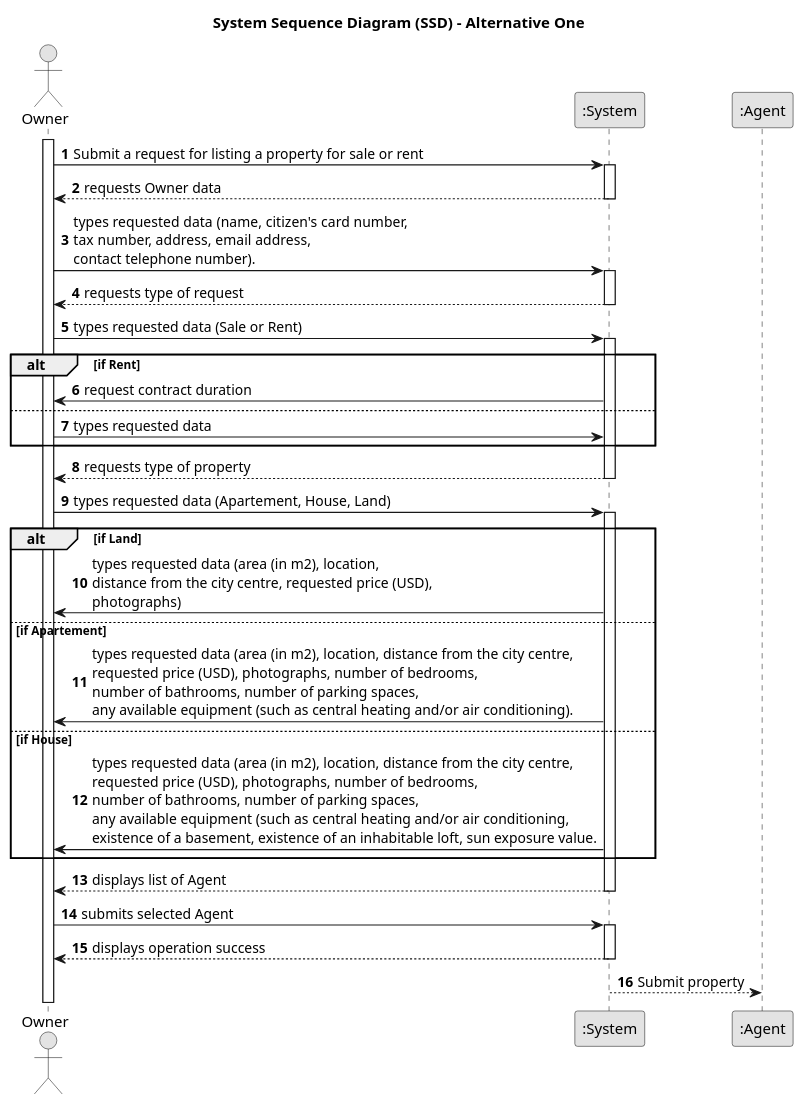
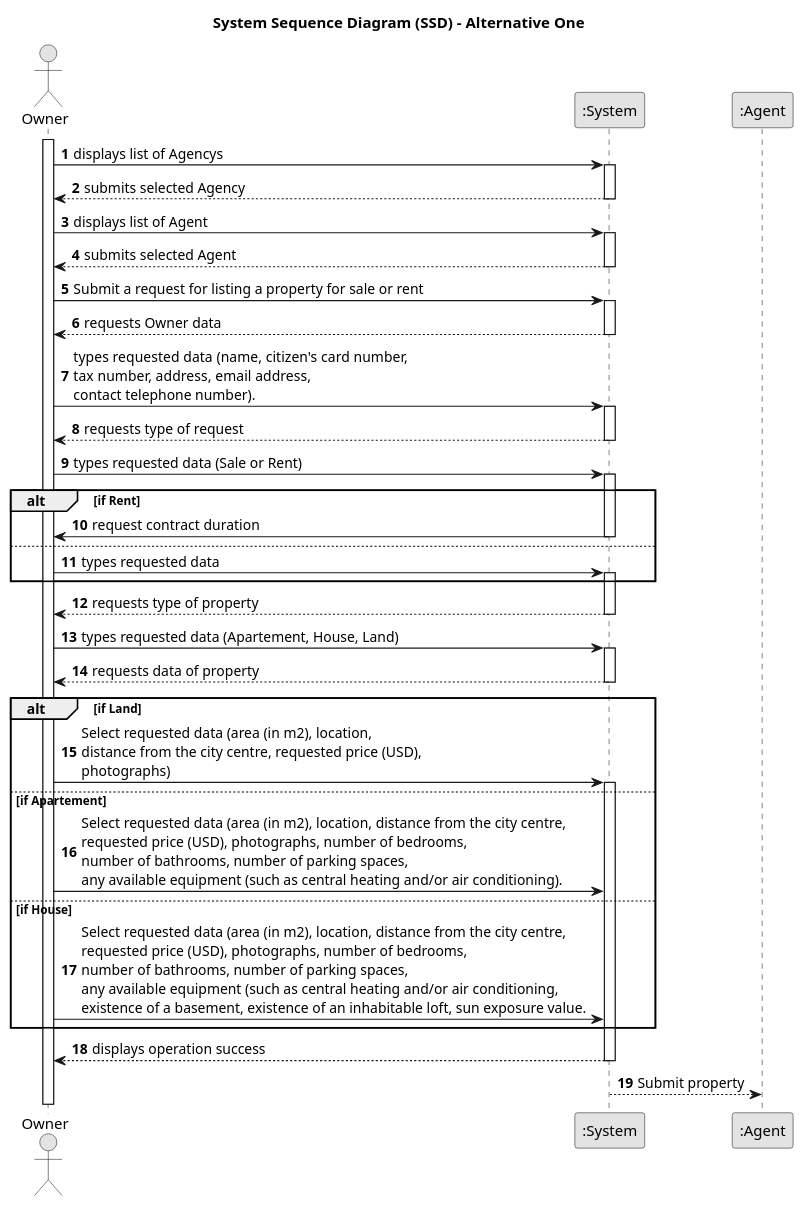
Before and after one commit to Goncalves2525/real-estate-management-system: the diagram in docs/sprintA/us004/01.requirements-engineering/puml/us004-system-sequence-diagram-alternative-one.puml, drawn with PlantUML. The commit also changed 3 other files, not shown here.

```diff
--- a/docs/sprintA/us004/01.requirements-engineering/puml/us004-system-sequence-diagram-alternative-one.puml
+++ b/docs/sprintA/us004/01.requirements-engineering/puml/us004-system-sequence-diagram-alternative-one.puml
@@ -1,67 +1,79 @@
 @startuml
 skinparam monochrome true
 skinparam packageStyle rectangle
 skinparam shadowing false
 
 title System Sequence Diagram (SSD) - Alternative One
 
 autonumber
 
 actor "Owner" as Owner
 participant ":System" as System
 participant ":Agent" as Agent
 
 activate Owner
+
+        Owner -> System : displays list of Agencys
+    activate System
+
+        System --> Owner :submits selected Agency
+    deactivate System
+
+        Owner -> System :displays list of Agent
+     activate System
+
+        System --> Owner: submits selected Agent
+     deactivate System
 
         Owner -> System : Submit a request for listing a property for sale or rent
     activate System
 
         System --> Owner : requests Owner data
     deactivate System
 
         Owner -> System : types requested data (name, citizen's card number, \ntax number, address, email address, \ncontact telephone number).
     activate System
 
         System --> Owner : requests type of request
     deactivate System
 
 
         Owner -> System : types requested data (Sale or Rent)
     activate System
 
 
     alt if Rent
 
         System -> Owner: request contract duration
+        deactivate System
     else
         Owner -> System: types requested data
+        activate System
     end
 
         System --> Owner : requests type of property
     deactivate System
 
         Owner -> System : types requested data (Apartement, House, Land)
     activate System
 
+            System --> Owner : requests data of property
+    deactivate System
+
     alt if Land
 
-        System -> Owner: types requested data (area (in m2), location, \ndistance from the city centre, requested price (USD), \nphotographs)
+        Owner -> System: Select requested data (area (in m2), location, \ndistance from the city centre, requested price (USD), \nphotographs)
+    activate System
     else if Apartement
-        System -> Owner: types requested data (area (in m2), location, distance from the city centre, \nrequested price (USD), photographs, number of bedrooms,\nnumber of bathrooms, number of parking spaces,\nany available equipment (such as central heating and/or air conditioning).
+        Owner -> System: Select requested data (area (in m2), location, distance from the city centre, \nrequested price (USD), photographs, number of bedrooms,\nnumber of bathrooms, number of parking spaces,\nany available equipment (such as central heating and/or air conditioning).
     else if House
-        System -> Owner: types requested data (area (in m2), location, distance from the city centre, \nrequested price (USD), photographs, number of bedrooms,\nnumber of bathrooms, number of parking spaces,\nany available equipment (such as central heating and/or air conditioning, \nexistence of a basement, existence of an inhabitable loft, sun exposure value.
+        Owner -> System: Select requested data (area (in m2), location, distance from the city centre, \nrequested price (USD), photographs, number of bedrooms,\nnumber of bathrooms, number of parking spaces,\nany available equipment (such as central heating and/or air conditioning, \nexistence of a basement, existence of an inhabitable loft, sun exposure value.
     end
-
-        System --> Owner :displays list of Agent
-    deactivate System
-
-        Owner -> System : submits selected Agent
-    activate System
 
         System --> Owner : displays operation success
     deactivate System
 
         System --> Agent : Submit property
     deactivate System
 
 @enduml
```
